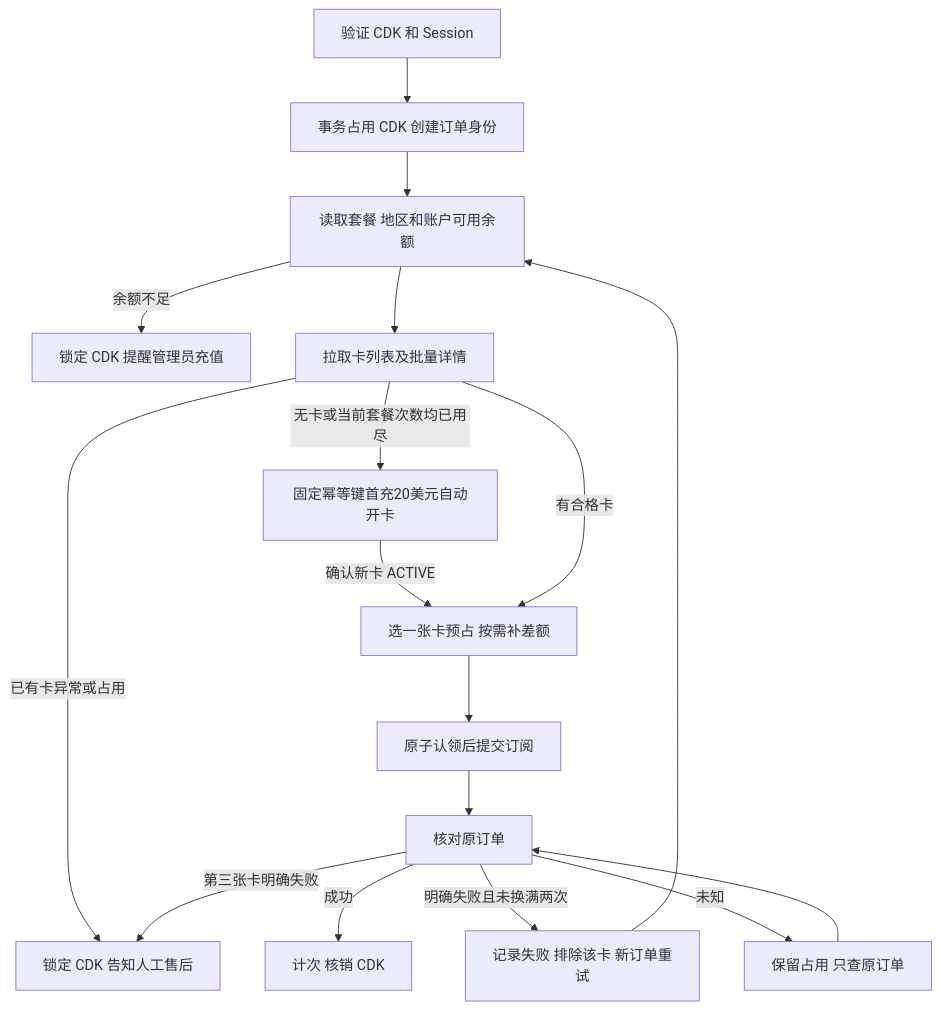
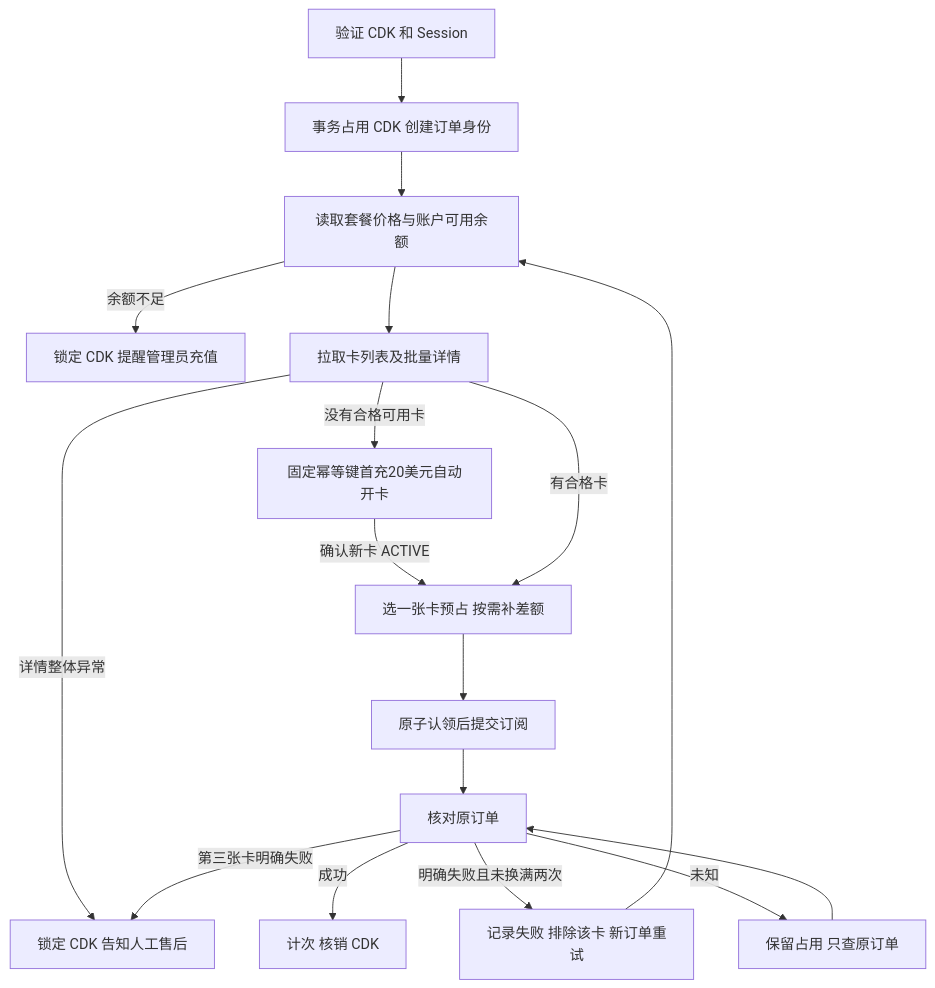
Before and after one commit to miracal-0312/Pay-gpt-Orbit: the diagram in RECHARGE-AUDIT.md, drawn with Mermaid. The commit also changed other lines of this file and 15 other files, not shown here.

````diff
--- a/RECHARGE-AUDIT.md
+++ b/RECHARGE-AUDIT.md
@@ -7,19 +7,19 @@
 ```mermaid
 flowchart TD
     A[验证 CDK 和 Session] --> B[事务占用 CDK 创建订单身份]
-    B --> C[读取套餐 地区和账户可用余额]
+    B --> C[读取套餐价格与账户可用余额]
     C -->|余额不足| D[锁定 CDK 提醒管理员充值]
     C --> E[拉取卡列表及批量详情]
-    E -->|已有卡异常或占用| F[锁定 CDK 告知人工售后]
-    E -->|无卡或当前套餐次数均已用尽| M[固定幂等键首充20美元自动开卡]
+    E -->|详情整体异常| F[锁定 CDK 告知人工售后]
+    E -->|没有合格可用卡| M[固定幂等键首充20美元自动开卡]
     M -->|确认新卡 ACTIVE| G
     E -->|有合格卡| G[选一张卡预占 按需补差额]
     G --> H[原子认领后提交订阅]
     H --> I[核对原订单]
     I -->|成功| J[计次 核销 CDK]
     I -->|明确失败且未换满两次| K[记录失败 排除该卡 新订单重试]
     K --> C
     I -->|第三张卡明确失败| F
     I -->|未知| L[保留占用 只查原订单]
     L --> I
 ```
````
